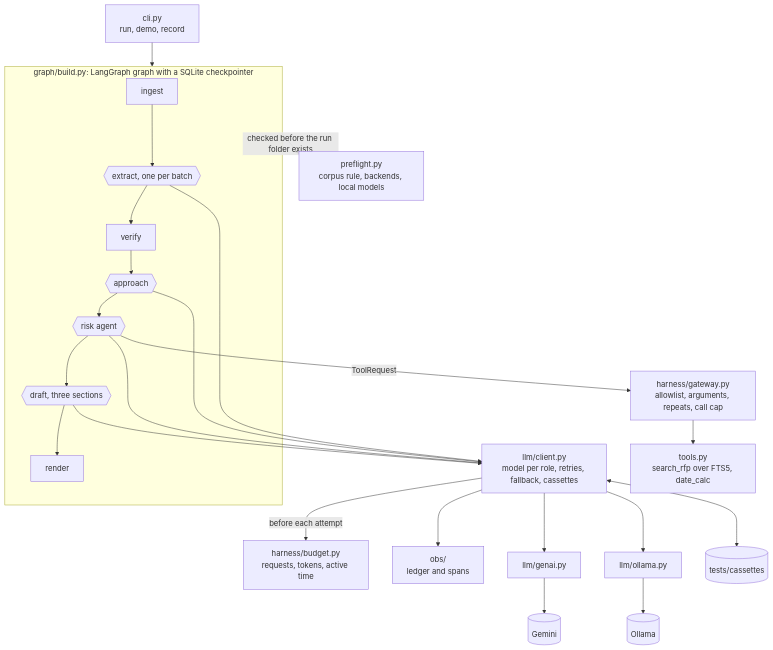
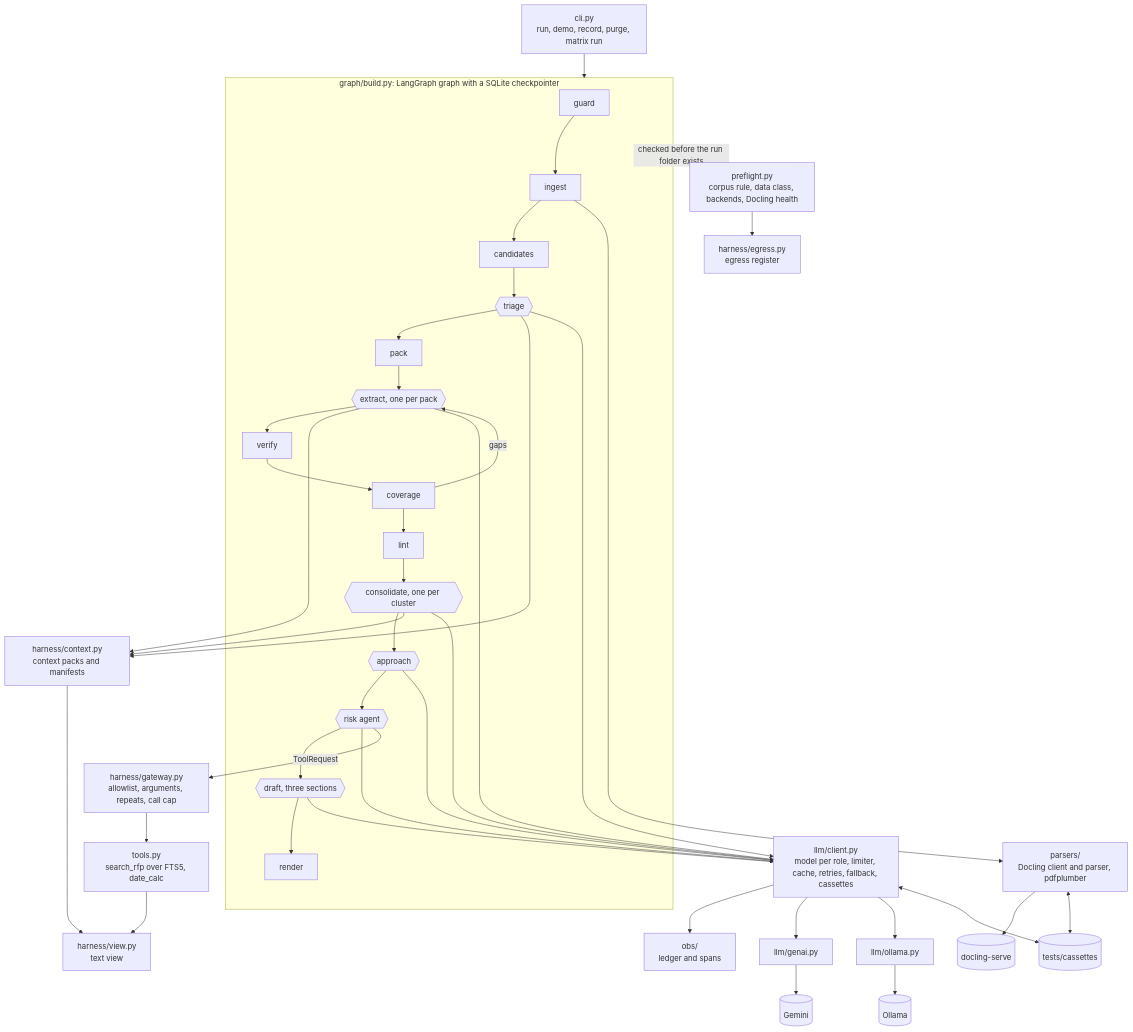
Before and after one commit to chouaibhoues-code/bidwright-rfp-agent: the second of 3 diagrams in docs/architecture.md, drawn with Mermaid. The commit also changed other lines of this file and 6 other files, not shown here.

````diff
--- a/docs/architecture.md
+++ b/docs/architecture.md
@@ -141,33 +150,49 @@
 ```mermaid
 flowchart TB
-    cli["cli.py<br/>run, demo, record"]
-    pre["preflight.py<br/>corpus rule, backends, local models"]
+    cli["cli.py<br/>run, demo, record, purge, matrix run"]
+    pre["preflight.py<br/>corpus rule, data class, backends, Docling health"]
     subgraph lg["graph/build.py: LangGraph graph with a SQLite checkpointer"]
+        guard["guard"]
         ingest["ingest"]
-        extract{{"extract, one per batch"}}
+        cand["candidates"]
+        triage{{"triage"}}
+        pack["pack"]
+        extract{{"extract, one per pack"}}
         verify["verify"]
+        coverage["coverage"]
+        lint["lint"]
+        cons{{"consolidate, one per cluster"}}
         approach{{"approach"}}
         risk{{"risk agent"}}
         draft{{"draft, three sections"}}
         render["render"]
     end
-    client["llm/client.py<br/>model per role, retries, fallback, cassettes"]
+    view["harness/view.py<br/>text view"]
+    ctxm["harness/context.py<br/>context packs and manifests"]
+    client["llm/client.py<br/>model per role, limiter, cache, retries, fallback, cassettes"]
     gateway["harness/gateway.py<br/>allowlist, arguments, repeats, call cap"]
     tools["tools.py<br/>search_rfp over FTS5, date_calc"]
-    budget["harness/budget.py<br/>requests, tokens, active time"]
+    egress["harness/egress.py<br/>egress register"]
+    parsers["parsers/<br/>Docling client and parser, pdfplumber"]
     obs["obs/<br/>ledger and spans"]
     genai["llm/genai.py"] --> gem[("Gemini")]
     oll["llm/ollama.py"] --> ol[("Ollama")]
+    dcs[("docling-serve")]
     cass[("tests/cassettes")]
 
     cli --> lg
     lg -- "checked before the run folder exists" --> pre
-    ingest --> extract --> verify --> approach --> risk --> draft --> render
-    extract & approach & risk & draft --> client
-    risk -- "ToolRequest" --> gateway --> tools
-    client -- "before each attempt" --> budget
+    pre --> egress
+    guard --> ingest --> cand --> triage --> pack --> extract --> verify --> coverage
+    coverage -- "gaps" --> extract
+    coverage --> lint --> cons --> approach --> risk --> draft --> render
+    ingest --> parsers --> dcs
+    triage & extract & cons --> ctxm --> view
+    triage & extract & cons & approach & risk & draft --> client
+    risk -- "ToolRequest" --> gateway --> tools --> view
     client --> obs
     client --> genai
     client --> oll
     client <--> cass
+    parsers <--> cass
 ```
````
